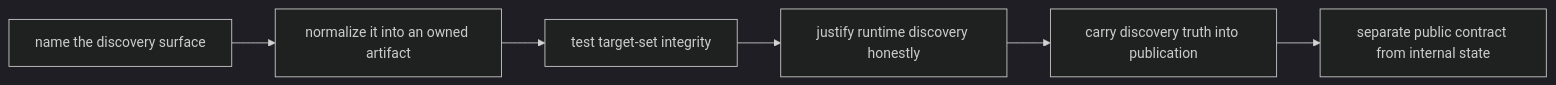
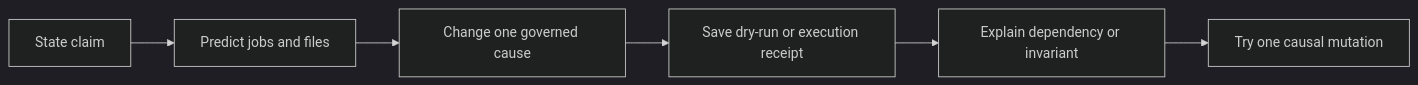
One commit to bijux/bijux-masterclass changed the first of 2 diagrams in programs/reproducible-research/deep-dive-snakemake/course-book/module-02-dynamic-dags-discovery-integrity/exercises.md. Above: the diagram before and after it, drawn with Mermaid (dark theme). The commit also changed other lines of this file, not shown here.

Commit message:
docs(snakemake): make discovery exercises cumulative and causal

````diff
--- a/programs/reproducible-research/deep-dive-snakemake/course-book/module-02-dynamic-dags-discovery-integrity/exercises.md
+++ b/programs/reproducible-research/deep-dive-snakemake/course-book/module-02-dynamic-dags-discovery-integrity/exercises.md
@@ -64,11 +24,8 @@
 ```mermaid
 flowchart LR
-  truth["name the discovery surface"]
-  normalize["normalize it into an owned artifact"]
-  fanout["test target-set integrity"]
-  checkpoint["justify runtime discovery honestly"]
-  publish["carry discovery truth into publication"]
-  review["separate public contract from internal state"]
-
-  truth --> normalize --> fanout --> checkpoint --> publish --> review
+  claim["State claim"] --> predict["Predict jobs and files"]
+  predict --> change["Change one governed cause"]
+  change --> observe["Save dry-run or execution receipt"]
+  observe --> explain["Explain dependency or invariant"]
+  explain --> challenge["Try one causal mutation"]
 ```
````
